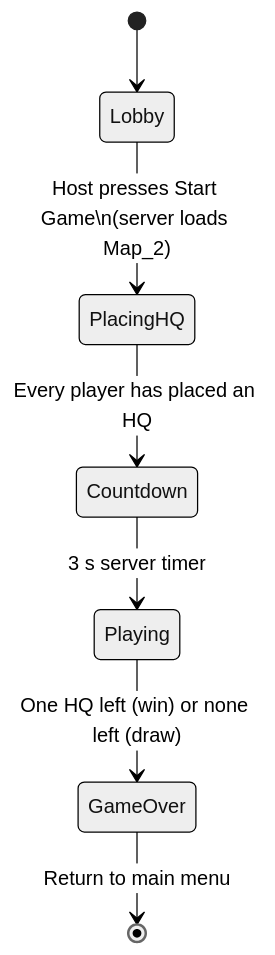
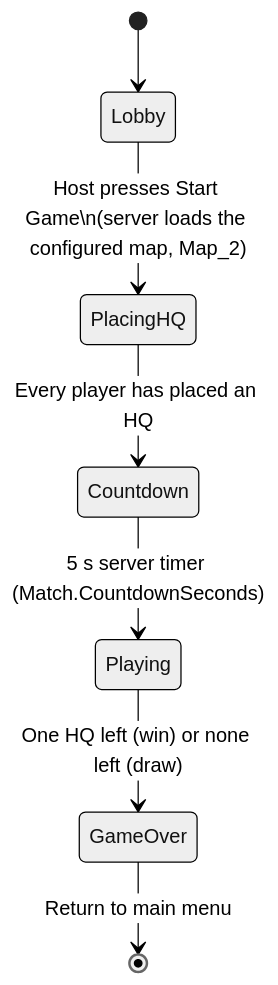
One commit to CoolCoder353/WAR-2D changed the diagram in docs/gameplay.md. Above: the diagram before and after it, drawn with Mermaid (neutral theme). The commit also changed other lines of this file and 4 other files, not shown here.

````diff
--- a/docs/gameplay.md
+++ b/docs/gameplay.md
@@ -11,9 +11,9 @@
 ```mermaid
 stateDiagram-v2
     [*] --> Lobby
-    Lobby --> PlacingHQ: Host presses Start Game\n(server loads Map_2)
+    Lobby --> PlacingHQ: Host presses Start Game\n(server loads the configured map, Map_2)
     PlacingHQ --> Countdown: Every player has placed an HQ
-    Countdown --> Playing: 3 s server timer
+    Countdown --> Playing: 5 s server timer (Match.CountdownSeconds)
     Playing --> GameOver: One HQ left (win) or none left (draw)
     GameOver --> [*]: Return to main menu
 ```
````
